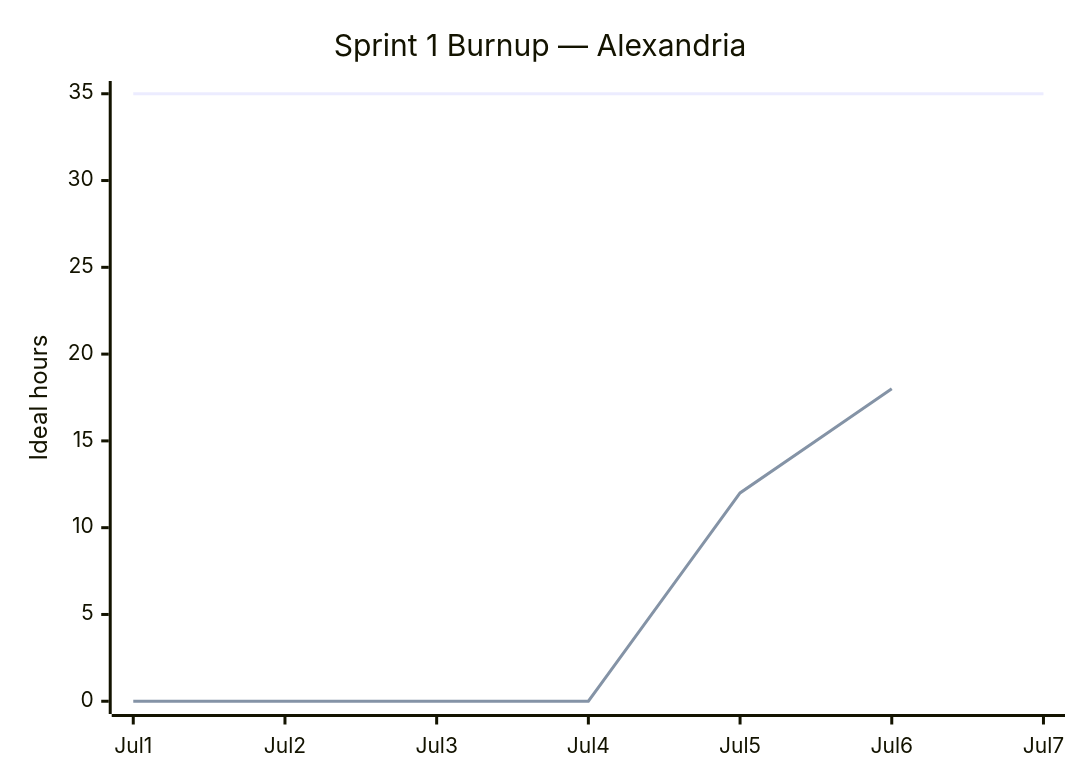
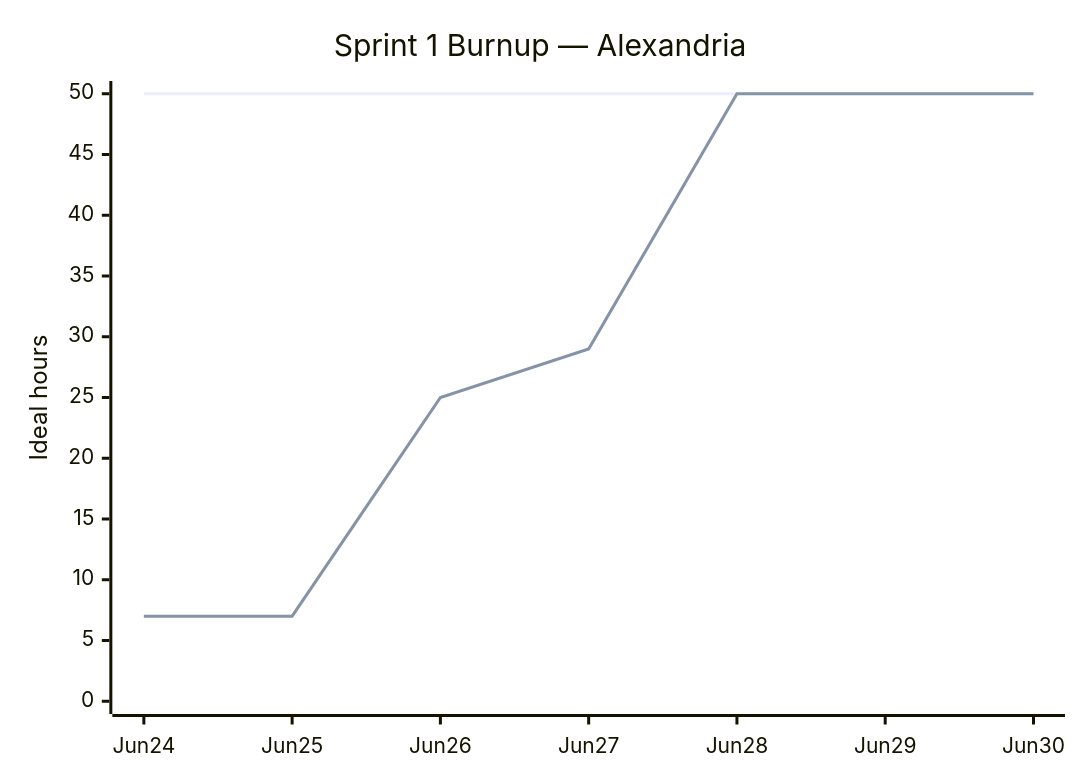
One commit to ucsc-cse115a-alexandria/alexandria changed the diagram in docs/sprint-1-plan.md. Above: the diagram before and after it, drawn with Mermaid. The commit also changed other lines of this file and 11 other files, not shown here.

````diff
--- a/docs/sprint-1-plan.md
+++ b/docs/sprint-1-plan.md
@@ -142,8 +87,8 @@
 ```mermaid
 xychart-beta
     title "Sprint 1 Burnup — Alexandria"
-    x-axis [Jul1, Jul2, Jul3, Jul4, Jul5, Jul6, Jul7]
-    y-axis "Ideal hours" 0 --> 35
-    line [35, 35, 35, 35, 35, 35, 35]
-    line [0, 0, 0, 0, 12, 18]
+    x-axis [Jun24, Jun25, Jun26, Jun27, Jun28, Jun29, Jun30]
+    y-axis "Ideal hours" 0 --> 50
+    line [50, 50, 50, 50, 50, 50, 50]
+    line [7, 7, 25, 29, 50, 50, 50]
 ```
````
